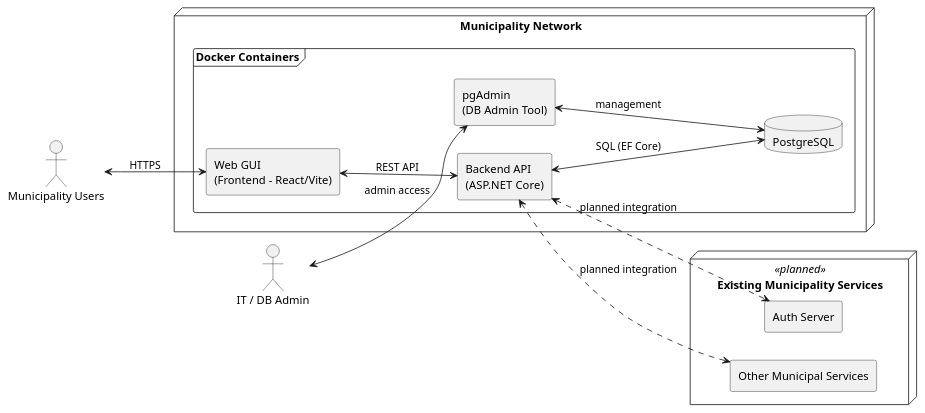
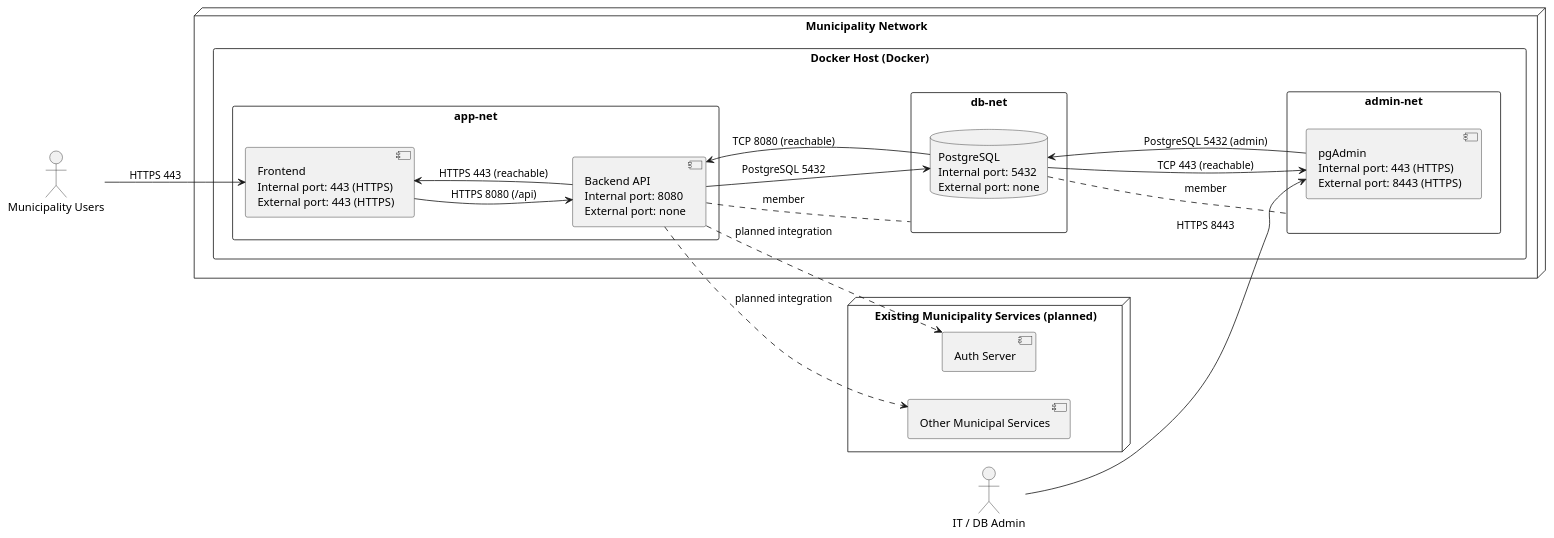
Before and after one commit to bbdaria/GhostHouses: the diagram in docs/Stage A submission/uml/deployment_desired.puml, drawn with PlantUML. The commit also changed 20 other files, not shown here.

Commit message:
Issue #75: update Stage A docs, deployment diagrams, and remove IsDeleted

```diff
--- a/docs/Stage A submission/uml/deployment_desired.puml
+++ b/docs/Stage A submission/uml/deployment_desired.puml
@@ -1,31 +1,47 @@
 @startuml
 skinparam shadowing false
-skinparam componentStyle rectangle
+skinparam packageStyle rectangle
 left to right direction
 
 actor "Municipality Users" as users
 actor "IT / DB Admin" as itadmin
 
 node "Municipality Network" {
-  frame "Docker Containers" {
-    component "Web GUI\n(Frontend - React/Vite)" as web
-    component "Backend API\n(ASP.NET Core)" as api
-    database "PostgreSQL" as db
-    component "pgAdmin\n(DB Admin Tool)" as pgadmin
+  package "Docker Host (Docker)" {
+    package "app-net" as appnet {
+      component "Frontend\nInternal port: 443 (HTTPS)\nExternal port: 443 (HTTPS)" as web
+      component "Backend API\nInternal port: 8080\nExternal port: none" as api
+    }
+
+    package "db-net" as dbnet {
+      database "PostgreSQL\nInternal port: 5432\nExternal port: none" as db
+    }
+
+    package "admin-net" as adminnet {
+      component "pgAdmin\nInternal port: 443 (HTTPS)\nExternal port: 8443 (HTTPS)" as pgadmin
+    }
+
+    api .. dbnet : member
+    db .. adminnet : member
   }
 }
 
-node "Existing Municipality Services" as external <<planned>> {
+node "Existing Municipality Services (planned)" as external {
   component "Auth Server" as auth
   component "Other Municipal Services" as services
 }
 
-users <--> web : HTTPS
-web <--> api : REST API
-api <--> db : SQL (EF Core)
-api <..> auth : planned integration
-api <..> services : planned integration
-itadmin <--> pgadmin : admin access
-pgadmin <--> db : management
+users --> web : HTTPS 443
+itadmin --> pgadmin : HTTPS 8443
+
+web --> api : HTTPS 8080 (/api)
+api --> web : HTTPS 443 (reachable)
+api --> db : PostgreSQL 5432
+pgadmin --> db : PostgreSQL 5432 (admin)
+db --> api : TCP 8080 (reachable)
+db --> pgadmin : TCP 443 (reachable)
+
+api ..> auth : planned integration
+api ..> services : planned integration
 
 @enduml
```
